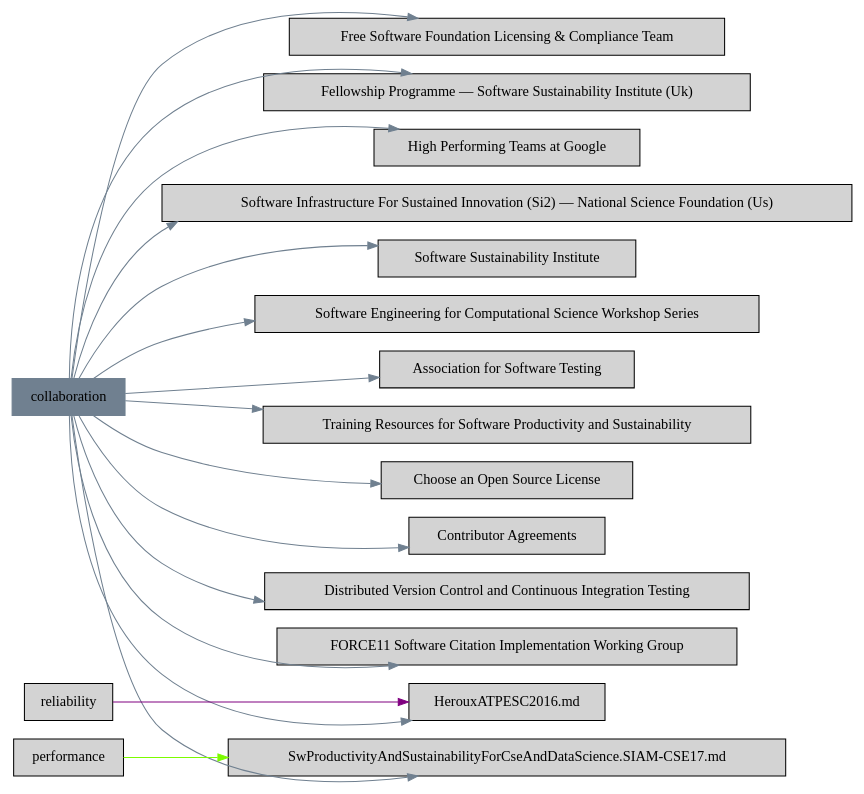
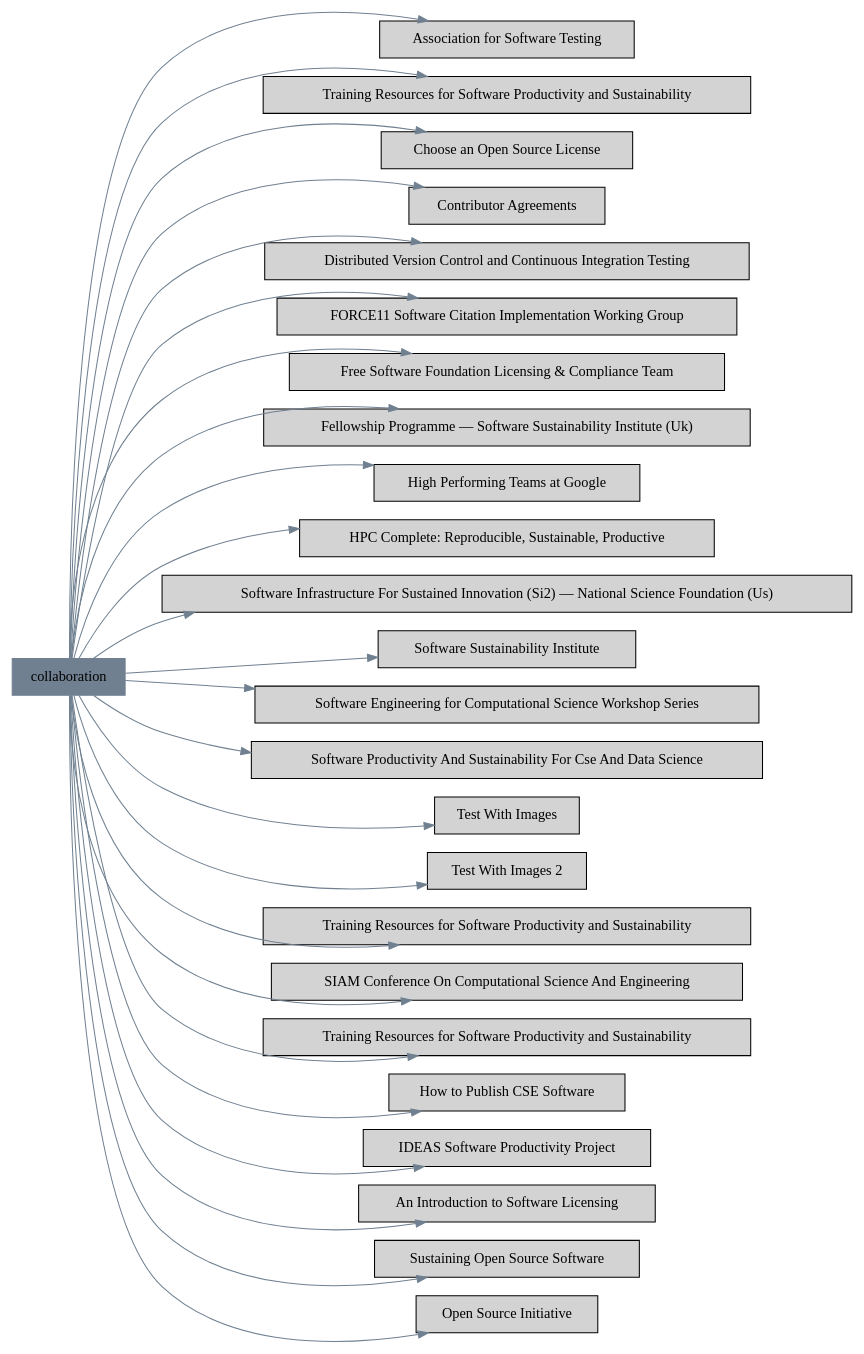
Before and after one commit to duongdo27/Dealii: the diagram in markdown/category_collaboration.dot, drawn with Graphviz. The commit also changed 16 other files, not shown here.

```diff
--- a/markdown/category_collaboration.dot
+++ b/markdown/category_collaboration.dot
@@ -1,35 +1,55 @@
 digraph bettersoftware {
             rankdir = LR;
             ratio = fill;
             node [style=filled];
             node [shape = box];
 "collaboration" [colorscheme="svg" color="slategrey"];
 "collaboration" ->  "AssociationForSoftwareTesting.md" [colorscheme="svg" color="slategrey"];
 "AssociationForSoftwareTesting.md" [label="Association for Software Testing" URL="http://bss.parallactic.com/resources/association-for-software-testing"]
 "collaboration" ->  "BestPracticesForHPCSwDevelopersWebinarSeries.md" [colorscheme="svg" color="slategrey"];
 "BestPracticesForHPCSwDevelopersWebinarSeries.md" [label="Training Resources for Software Productivity and Sustainability" URL="http://bss.parallactic.com/resources/training-resources-for-software-productivity-and-sustainability"]
 "collaboration" ->  "ChooseALicense.md" [colorscheme="svg" color="slategrey"];
 "ChooseALicense.md" [label="Choose an Open Source License" URL="http://bss.parallactic.com/resources/choose-an-open-source-license"]
 "collaboration" ->  "ContributorAgreements.md" [colorscheme="svg" color="slategrey"];
 "ContributorAgreements.md" [label="Contributor Agreements" URL="http://bss.parallactic.com/resources/contributor-agreements"]
 "collaboration" ->  "DistributedVersionControlAndContinuousIntegrationTesting.md" [colorscheme="svg" color="slategrey"];
 "DistributedVersionControlAndContinuousIntegrationTesting.md" [label="Distributed Version Control and Continuous Integration Testing" URL="http://bss.parallactic.com/resources/distributed-version-control-and-continuous-integration-testing"]
 "collaboration" ->  "FORCE11SoftwareCitationImplementationWorkingGroup.md" [colorscheme="svg" color="slategrey"];
 "FORCE11SoftwareCitationImplementationWorkingGroup.md" [label="FORCE11 Software Citation Implementation Working Group" URL="http://bss.parallactic.com/resources/force11-software-citation-implementation-working-group"]
 "collaboration" ->  "FSFLicensingAndComplianceTeam.md" [colorscheme="svg" color="slategrey"];
 "FSFLicensingAndComplianceTeam.md" [label="Free Software Foundation Licensing & Compliance Team" URL="http://bss.parallactic.com/resources/free-software-foundation-licensing-compliance-team"]
 "collaboration" ->  "FellowshipProgrammeSoftwareSustainabilityInstituteUK.md" [colorscheme="svg" color="slategrey"];
 "FellowshipProgrammeSoftwareSustainabilityInstituteUK.md" [label="Fellowship Programme — Software Sustainability Institute (Uk)" URL="http://bss.parallactic.com/resources/fellowship-programme-software-sustainability-institute-uk"]
 "collaboration" ->  "GoogleHiPerfTeams.md" [colorscheme="svg" color="slategrey"];
 "GoogleHiPerfTeams.md" [label="High Performing Teams at Google" URL="http://bss.parallactic.com/resources/high-performing-teams-at-google"]
 "collaboration" ->  "HerouxATPESC2016.md" [colorscheme="svg" color="slategrey"];
-"reliability" ->  "HerouxATPESC2016.md" [colorscheme="svg" color="purple"];
+"HerouxATPESC2016.md" [label="HPC Complete: Reproducible, Sustainable, Productive" URL="http://bss.parallactic.com/resources/hpc-complete-reproducible-sustainable-productive"]
 "collaboration" ->  "SoftwareInfrastructureForSustainedInnovationSI2NationalScienceFoundationUS.md" [colorscheme="svg" color="slategrey"];
 "SoftwareInfrastructureForSustainedInnovationSI2NationalScienceFoundationUS.md" [label="Software Infrastructure For Sustained Innovation (Si2) — National Science Foundation (Us)" URL="http://bss.parallactic.com/resources/software-infrastructure-for-sustained-innovation-si2-national-science-foundation-us"]
 "collaboration" ->  "SoftwareSustainabilityInstitute.md" [colorscheme="svg" color="slategrey"];
 "SoftwareSustainabilityInstitute.md" [label="Software Sustainability Institute" URL="http://bss.parallactic.com/resources/software-sustainability-institute"]
 "collaboration" ->  "SwEngForComputationalScienceWorkshopSeries.md" [colorscheme="svg" color="slategrey"];
 "SwEngForComputationalScienceWorkshopSeries.md" [label="Software Engineering for Computational Science Workshop Series" URL="http://bss.parallactic.com/resources/software-engineering-for-computational-science-workshop-series"]
 "collaboration" ->  "SwProductivityAndSustainabilityForCseAndDataScience.SIAM-CSE17.md" [colorscheme="svg" color="slategrey"];
-"performance" ->  "SwProductivityAndSustainabilityForCseAndDataScience.SIAM-CSE17.md" [colorscheme="svg" color="lawngreen"];
+"SwProductivityAndSustainabilityForCseAndDataScience.SIAM-CSE17.md" [label="Software Productivity And Sustainability For Cse And Data Science" URL="http://bss.parallactic.com/events/siam-conference-on-computational-science-and-engineering-cse17 "]
+"collaboration" ->  "TestImages.md" [colorscheme="svg" color="slategrey"];
+"TestImages.md" [label="Test With Images" URL="http://bss.parallactic.com/resources/test-with-images"]
+"collaboration" ->  "TestImages2.md" [colorscheme="svg" color="slategrey"];
+"TestImages2.md" [label="Test With Images 2\n" URL="http://bss.parallactic.com/resources/test-with-images-2 "]
+"collaboration" ->  "Training.ProductivityAndSustainability.md" [colorscheme="svg" color="slategrey"];
+"Training.ProductivityAndSustainability.md" [label="Training Resources for Software Productivity and Sustainability" URL="http://bss.parallactic.com/resources/training-resources-for-software-productivity-and-sustainability"]
+"collaboration" ->  "Conference.SIAM-CSE17.md" [colorscheme="svg" color="slategrey"];
+"Conference.SIAM-CSE17.md" [label="SIAM Conference On Computational Science And Engineering" URL="http://bss.parallactic.com/events/siam-conference-on-computational-science-and-engineering-cse17 "]
+"collaboration" ->  "CseCollaborationThroughSoftwareImprovingProductivityAndSustainability.SIAM-CSE17.md" [colorscheme="svg" color="slategrey"];
+"CseCollaborationThroughSoftwareImprovingProductivityAndSustainability.SIAM-CSE17.md" [label="Training Resources for Software Productivity and Sustainability" URL="http://bss.parallactic.com/resources/training-resources-for-software-productivity-and-sustainability"]
+"collaboration" ->  "HowToPublishCseSw.md" [colorscheme="svg" color="slategrey"];
+"HowToPublishCseSw.md" [label="How to Publish CSE Software" URL="http://bss.parallactic.com/resources/how-to-publish-cse-software"]
+"collaboration" ->  "IDEASSoftwareProductivityProject.md" [colorscheme="svg" color="slategrey"];
+"IDEASSoftwareProductivityProject.md" [label="IDEAS Software Productivity Project" URL="http://bss.parallactic.com/resources/ideas-software-productivity-project"]
+"collaboration" ->  "IntroToSoftwareLicensing.md" [colorscheme="svg" color="slategrey"];
+"IntroToSoftwareLicensing.md" [label="An Introduction to Software Licensing" URL="http://bss.parallactic.com/resources/an-introduction-to-software-licensing"]
+"collaboration" ->  "OSSSustainabilityResources.md" [colorscheme="svg" color="slategrey"];
+"OSSSustainabilityResources.md" [label="Sustaining Open Source Software" URL="http://bss.parallactic.com/resources/sustaining-open-source-software"]
+"collaboration" ->  "OpenSourceInitiative.md" [colorscheme="svg" color="slategrey"];
+"OpenSourceInitiative.md" [label="Open Source Initiative" URL="http://bss.parallactic.com/resources/open-source-initiative"]
 }
```
